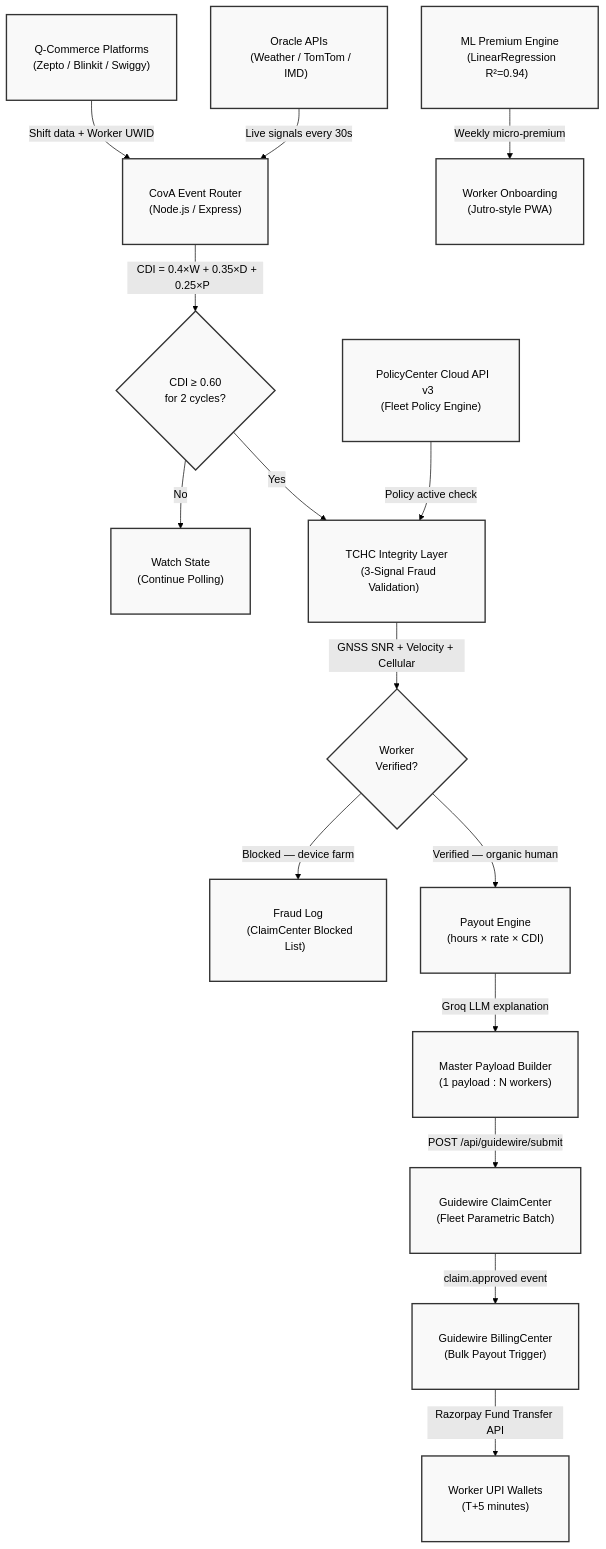
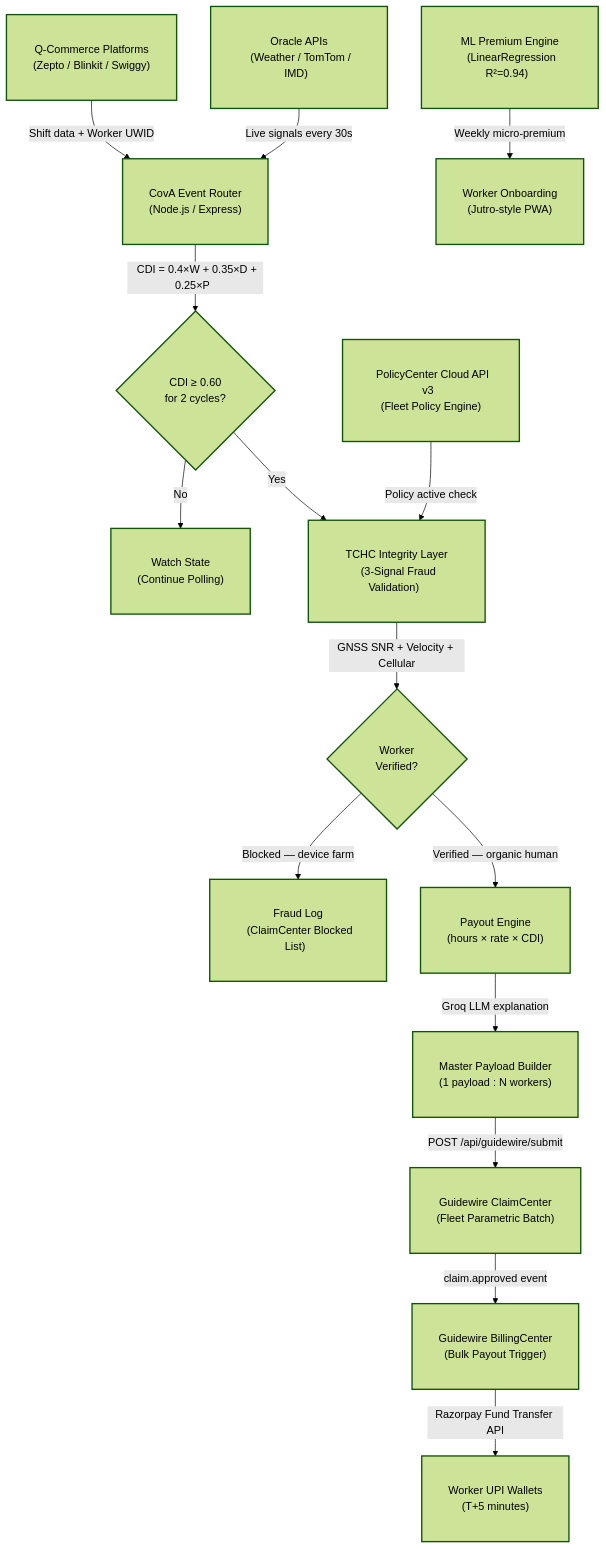
The diagram in README.md (NavneethKonduru/CovA-Parametric-Income-Protection-Guidewire-Devtrails-2026), drawn with Mermaid (forest theme) before and after one commit.

Commit message:
Revert Mermaid box colors to original theme (keep padding)

````diff
--- a/README.md
+++ b/README.md
@@ -169,19 +169,19 @@
 ```mermaid
 graph TD
-    classDef default fill:#f9f9f9,stroke:#333,stroke-width:2px,padding:20px;
+    classDef default stroke-width:2px,padding:20px;
 
     A["&nbsp; Q-Commerce Platforms &nbsp;<br/>&nbsp; (Zepto / Blinkit / Swiggy) &nbsp;"] -->|Shift data + Worker UWID| B["&nbsp; CovA Event Router &nbsp;<br/>&nbsp; (Node.js / Express) &nbsp;"]
     C["&nbsp; Oracle APIs &nbsp;<br/>&nbsp; (Weather / TomTom / IMD) &nbsp;"] -->|Live signals every 30s| B
     B -->|"&nbsp; CDI = 0.4×W + 0.35×D + 0.25×P &nbsp;"| D{"&nbsp; CDI ≥ 0.60 &nbsp;<br/>&nbsp; for 2 cycles? &nbsp;"}
     D -->|No| E["&nbsp; Watch State &nbsp;<br/>&nbsp; (Continue Polling) &nbsp;"]
     D -->|Yes| F["&nbsp; TCHC Integrity Layer &nbsp;<br/>&nbsp; (3-Signal Fraud Validation) &nbsp;"]
     F -->|GNSS SNR + Velocity + Cellular| G{"&nbsp; Worker &nbsp;<br/>&nbsp; Verified? &nbsp;"}
     G -->|Blocked — device farm| H["&nbsp; Fraud Log &nbsp;<br/>&nbsp; (ClaimCenter Blocked List) &nbsp;"]
     G -->|Verified — organic human| I["&nbsp; Payout Engine &nbsp;<br/>&nbsp; (hours × rate × CDI) &nbsp;"]
     I -->|Groq LLM explanation| J["&nbsp; Master Payload Builder &nbsp;<br/>&nbsp; (1 payload : N workers) &nbsp;"]
     J -->|POST /api/guidewire/submit| K["&nbsp; Guidewire ClaimCenter &nbsp;<br/>&nbsp; (Fleet Parametric Batch) &nbsp;"]
     K -->|claim.approved event| L["&nbsp; Guidewire BillingCenter &nbsp;<br/>&nbsp; (Bulk Payout Trigger) &nbsp;"]
     L -->|Razorpay Fund Transfer API| M["&nbsp; Worker UPI Wallets &nbsp;<br/>&nbsp; (T+5 minutes) &nbsp;"]
     N["&nbsp; PolicyCenter Cloud API v3 &nbsp;<br/>&nbsp; (Fleet Policy Engine) &nbsp;"] -->|Policy active check| F
     O["&nbsp; ML Premium Engine &nbsp;<br/>&nbsp; (LinearRegression R²=0.94) &nbsp;"] -->|Weekly micro-premium| P["&nbsp; Worker Onboarding &nbsp;<br/>&nbsp; (Jutro-style PWA) &nbsp;"]
 ```
````
